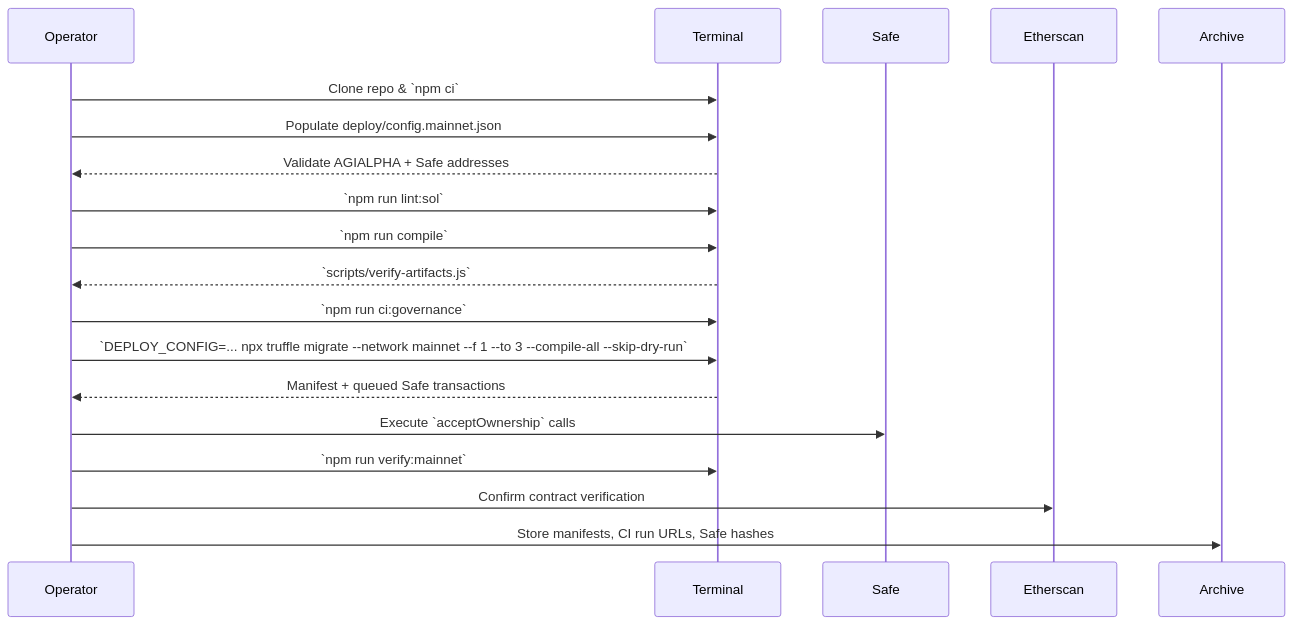
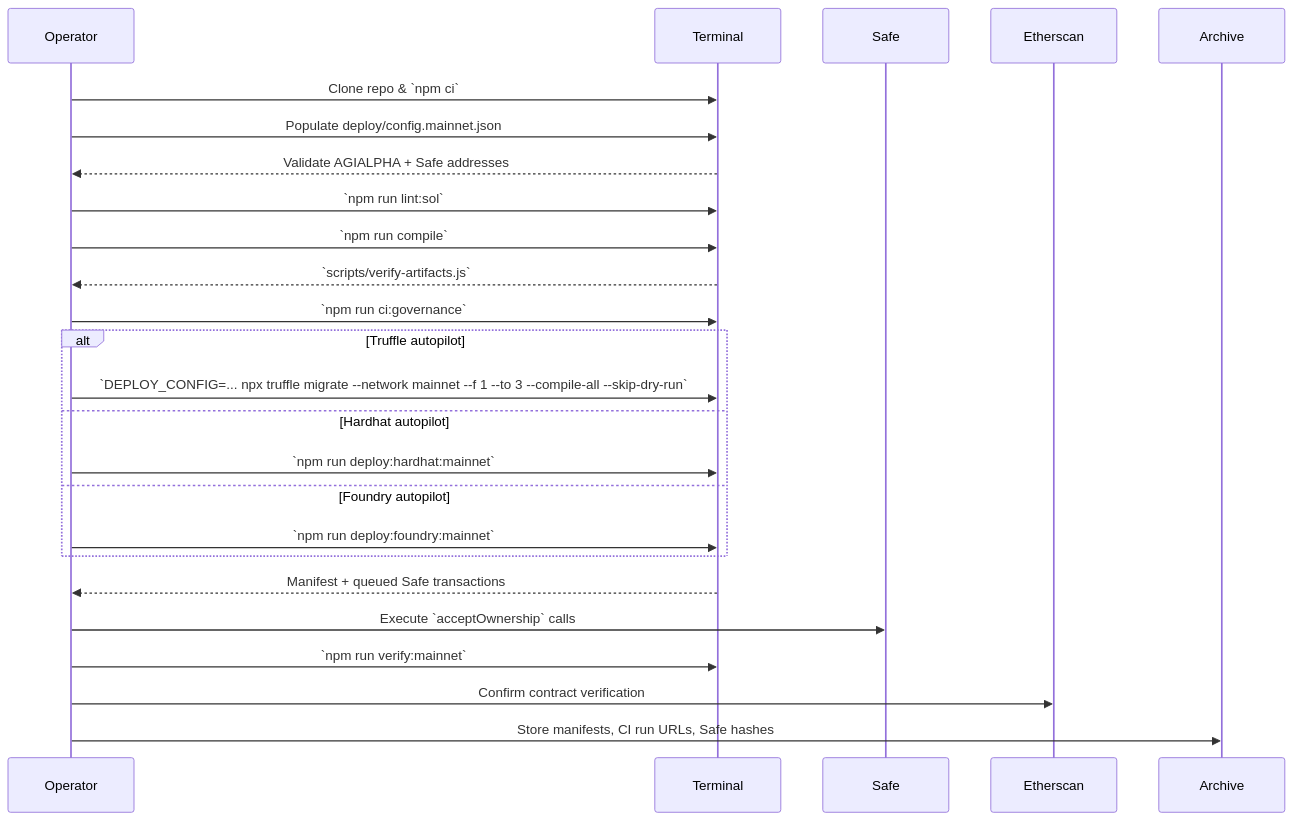
The sixth of 6 diagrams in README.md (MontrealAI/agijobs-sovereign-labor-v0p1), drawn with Mermaid before and after one commit. The commit also changed other lines of this file and 12 other files, not shown here.

````diff
--- a/README.md
+++ b/README.md
@@ -264,21 +266,27 @@
 ```mermaid
 sequenceDiagram
     participant Operator
     participant Terminal
     participant Safe
     participant Etherscan
 
     Operator->>Terminal: Clone repo & `npm ci`
     Operator->>Terminal: Populate deploy/config.mainnet.json
     Terminal-->>Operator: Validate AGIALPHA + Safe addresses
     Operator->>Terminal: `npm run lint:sol`
     Operator->>Terminal: `npm run compile`
     Terminal-->>Operator: `scripts/verify-artifacts.js`
     Operator->>Terminal: `npm run ci:governance`
-    Operator->>Terminal: `DEPLOY_CONFIG=... npx truffle migrate --network mainnet --f 1 --to 3 --compile-all --skip-dry-run`
+    alt Truffle autopilot
+        Operator->>Terminal: `DEPLOY_CONFIG=... npx truffle migrate --network mainnet --f 1 --to 3 --compile-all --skip-dry-run`
+    else Hardhat autopilot
+        Operator->>Terminal: `npm run deploy:hardhat:mainnet`
+    else Foundry autopilot
+        Operator->>Terminal: `npm run deploy:foundry:mainnet`
+    end
     Terminal-->>Operator: Manifest + queued Safe transactions
     Operator->>Safe: Execute `acceptOwnership` calls
     Operator->>Terminal: `npm run verify:mainnet`
     Operator->>Etherscan: Confirm contract verification
     Operator->>Archive: Store manifests, CI run URLs, Safe hashes
 ```
````
